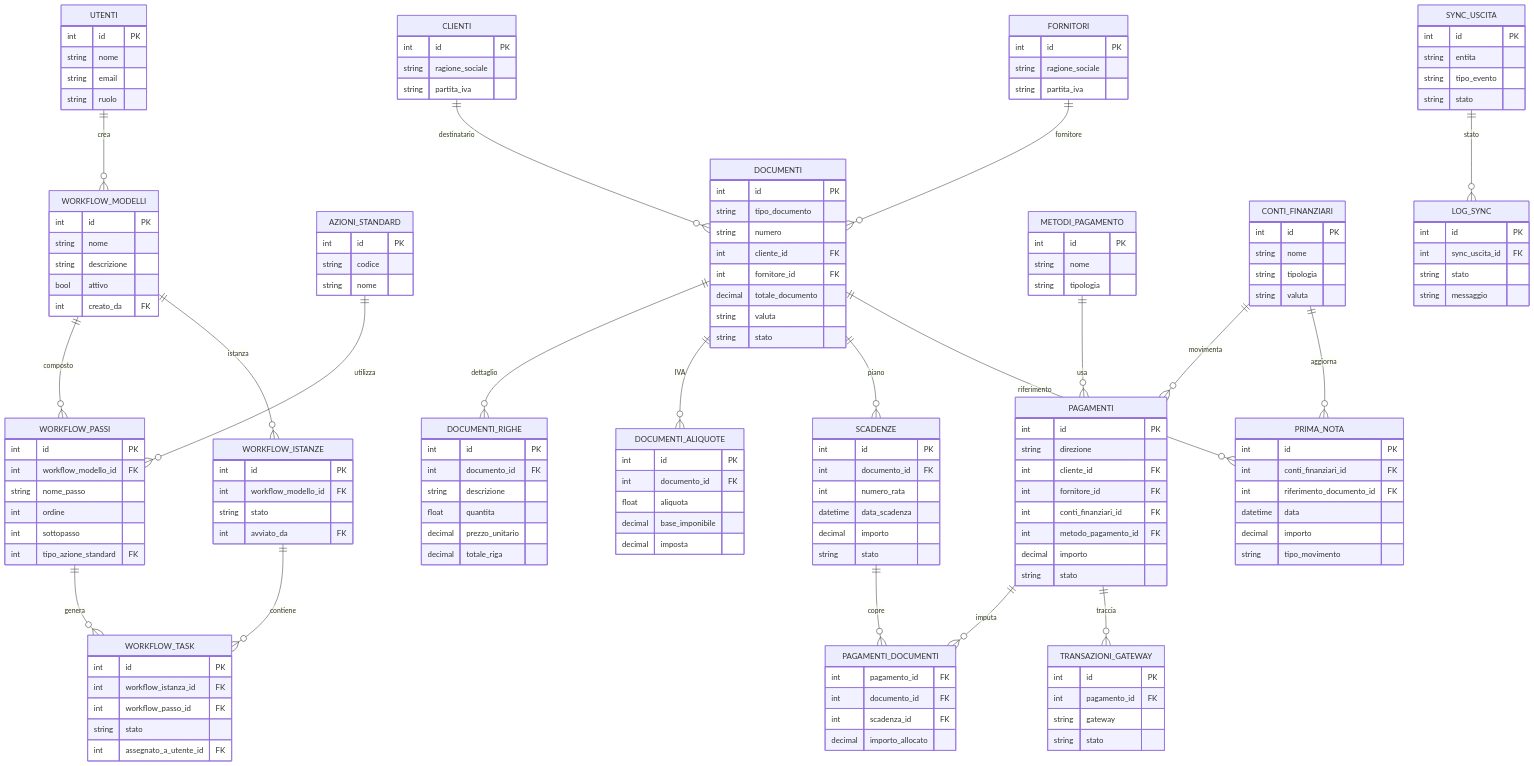
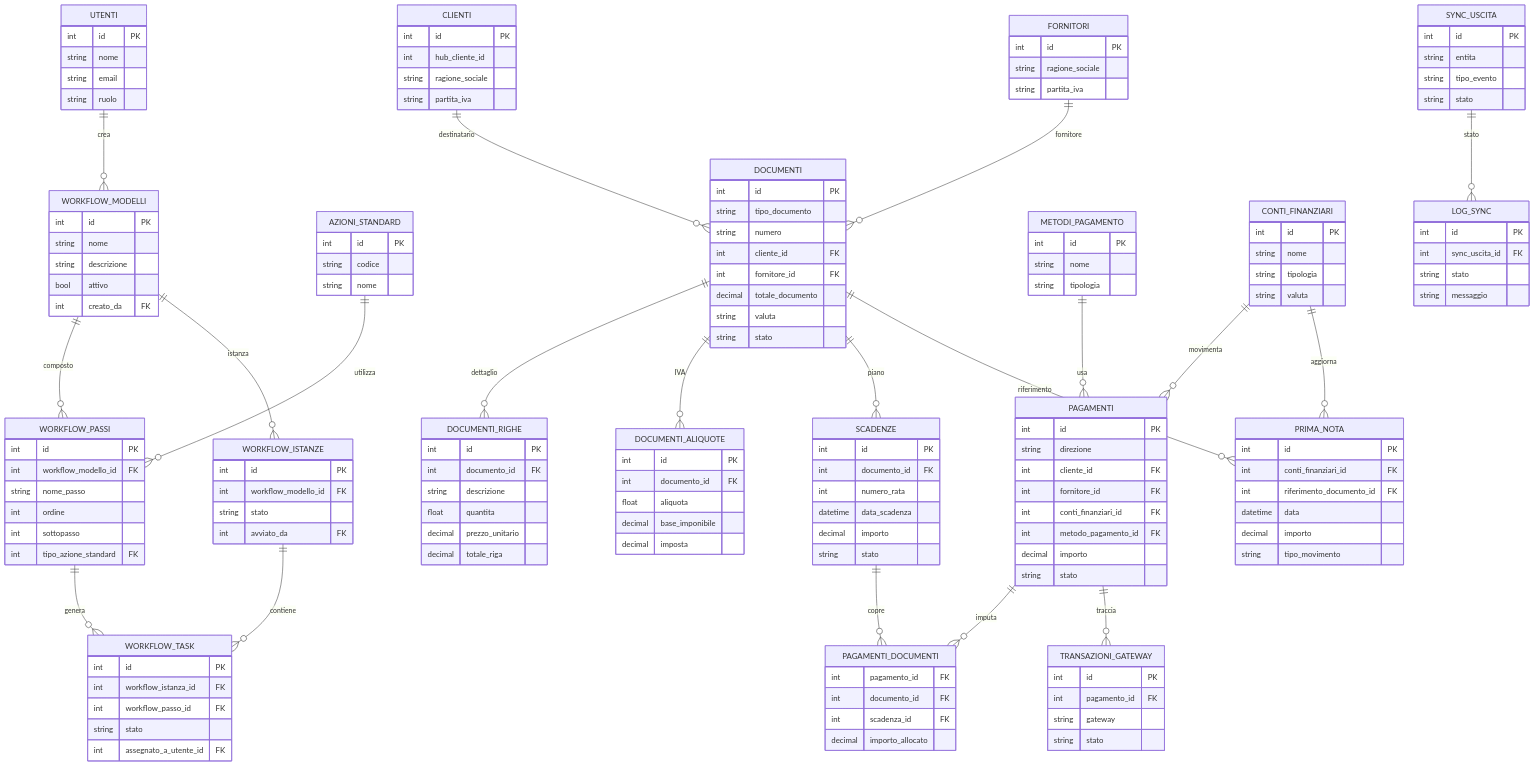
Before and after one commit to luigimapu/LpWf: the diagram in docs/diagrammi/er-tenant-gestionale.md, drawn with Mermaid. The commit also changed other lines of this file and 19 other files, not shown here.

Commit message:
feat(hub+tenants+clienti): centralizza clienti su Hub con dedup (hard/soft), link hub_cliente_id; nuovi endpoint /api/hub_tenants (solo Admin) e sezione UI Tenants; badge Hub in lista clienti; docs e diagrammi aggiornati

```diff
--- a/docs/diagrammi/er-tenant-gestionale.md
+++ b/docs/diagrammi/er-tenant-gestionale.md
@@ -69,6 +71,7 @@
 
     CLIENTI {
         int id PK
+        int hub_cliente_id
         string ragione_sociale
         string partita_iva
     }
```
